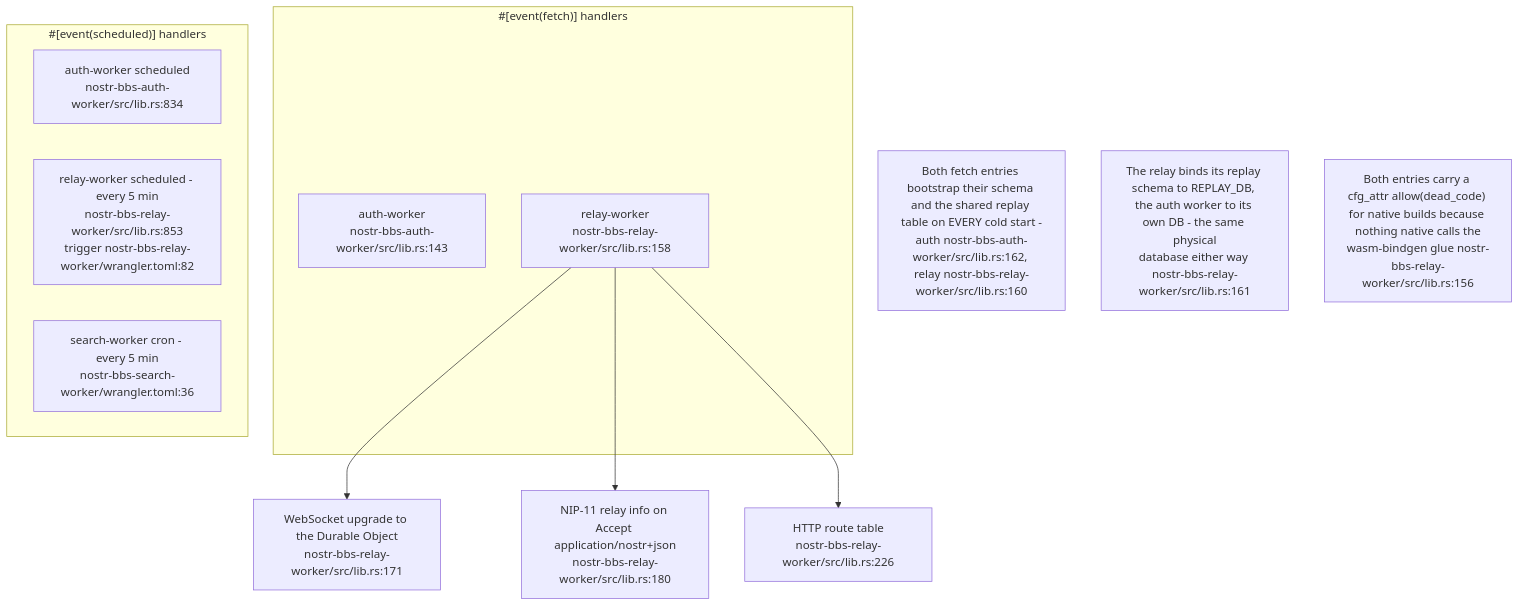
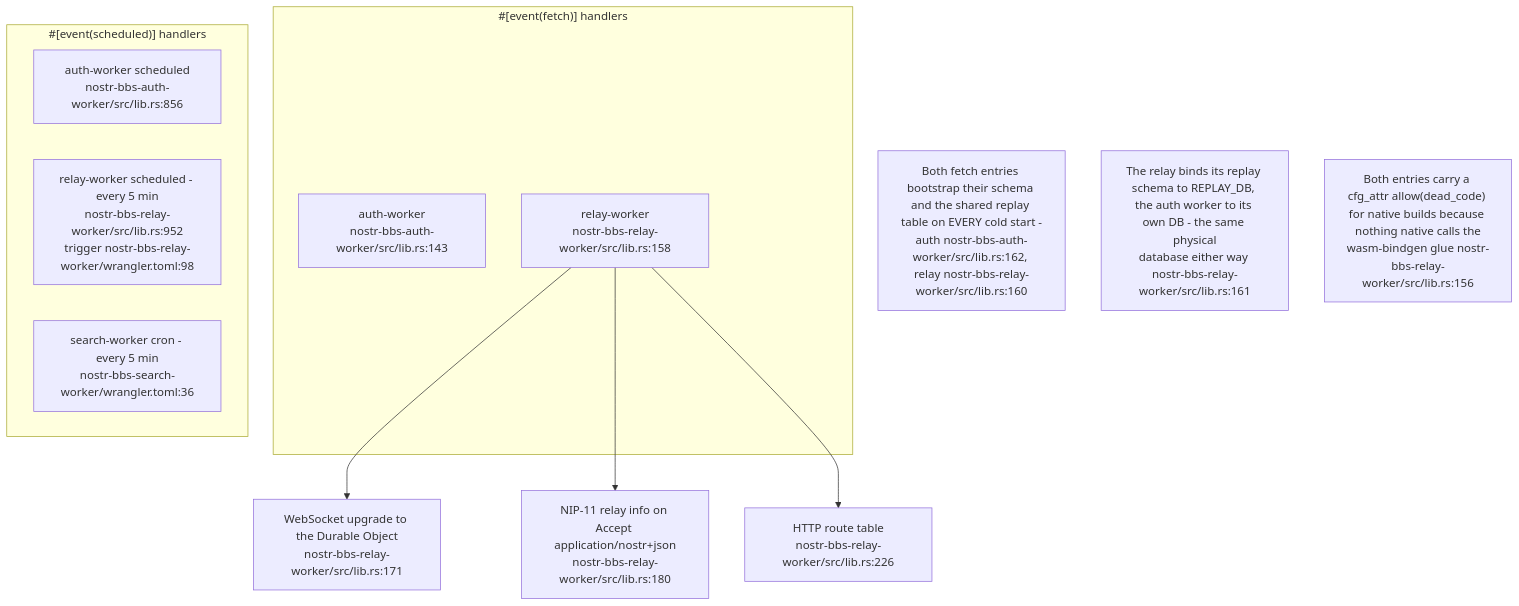
The third of 6 diagrams in docs/diagrams/nostr-rust-forum/01-workspace-and-worker-topology.md (DreamLab-AI/VisionFlow), drawn with Mermaid before and after one commit. The commit also changed other lines of this file and 11 other files, not shown here.

````diff
--- a/docs/diagrams/nostr-rust-forum/01-workspace-and-worker-topology.md
+++ b/docs/diagrams/nostr-rust-forum/01-workspace-and-worker-topology.md
@@ -99,23 +100,23 @@
 ```mermaid
 flowchart TB
     subgraph fetchentry["#[event(fetch)] handlers"]
         A["auth-worker<br/>nostr-bbs-auth-worker/src/lib.rs:143"]
         R["relay-worker<br/>nostr-bbs-relay-worker/src/lib.rs:158"]
     end
     subgraph cronentry["#[event(scheduled)] handlers"]
-        AC["auth-worker scheduled<br/>nostr-bbs-auth-worker/src/lib.rs:834"]
-        RC["relay-worker scheduled - every 5 min<br/>nostr-bbs-relay-worker/src/lib.rs:853<br/>trigger nostr-bbs-relay-worker/wrangler.toml:82"]
+        AC["auth-worker scheduled<br/>nostr-bbs-auth-worker/src/lib.rs:856"]
+        RC["relay-worker scheduled - every 5 min<br/>nostr-bbs-relay-worker/src/lib.rs:952<br/>trigger nostr-bbs-relay-worker/wrangler.toml:98"]
         SC["search-worker cron - every 5 min<br/>nostr-bbs-search-worker/wrangler.toml:36"]
     end
     WSUP["WebSocket upgrade to the Durable Object<br/>nostr-bbs-relay-worker/src/lib.rs:171"]
     NIP11["NIP-11 relay info on Accept application/nostr+json<br/>nostr-bbs-relay-worker/src/lib.rs:180"]
     HTTPR["HTTP route table<br/>nostr-bbs-relay-worker/src/lib.rs:226"]
 
     R --> WSUP
     R --> NIP11
     R --> HTTPR
 
     N1["Both fetch entries bootstrap their schema and the shared replay table on EVERY cold start -<br/>auth nostr-bbs-auth-worker/src/lib.rs:162, relay nostr-bbs-relay-worker/src/lib.rs:160"]
     N2["The relay binds its replay schema to REPLAY_DB, the auth worker to its own DB - the same physical<br/>database either way nostr-bbs-relay-worker/src/lib.rs:161"]
     N3["Both entries carry a cfg_attr allow(dead_code) for native builds because nothing native calls the<br/>wasm-bindgen glue nostr-bbs-relay-worker/src/lib.rs:156"]
 ```
````
